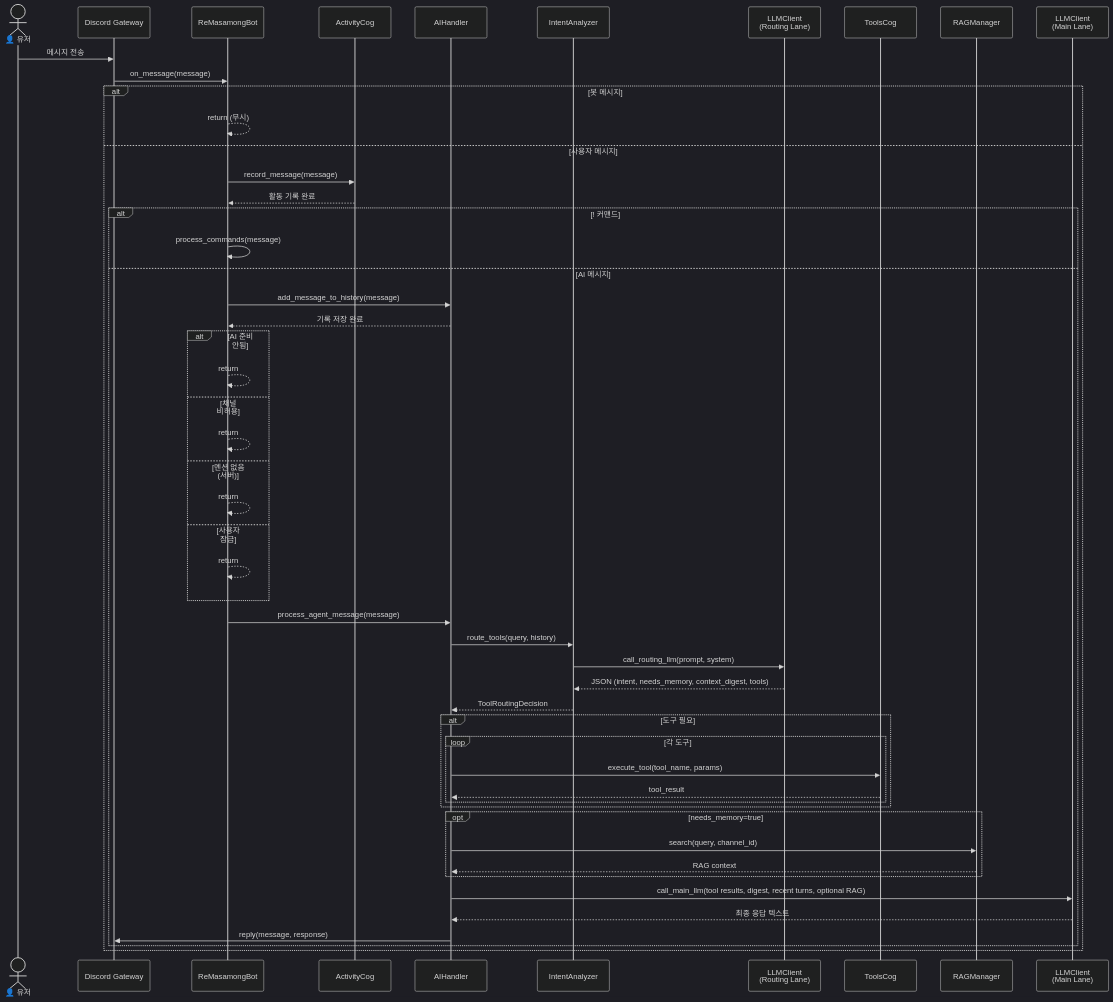
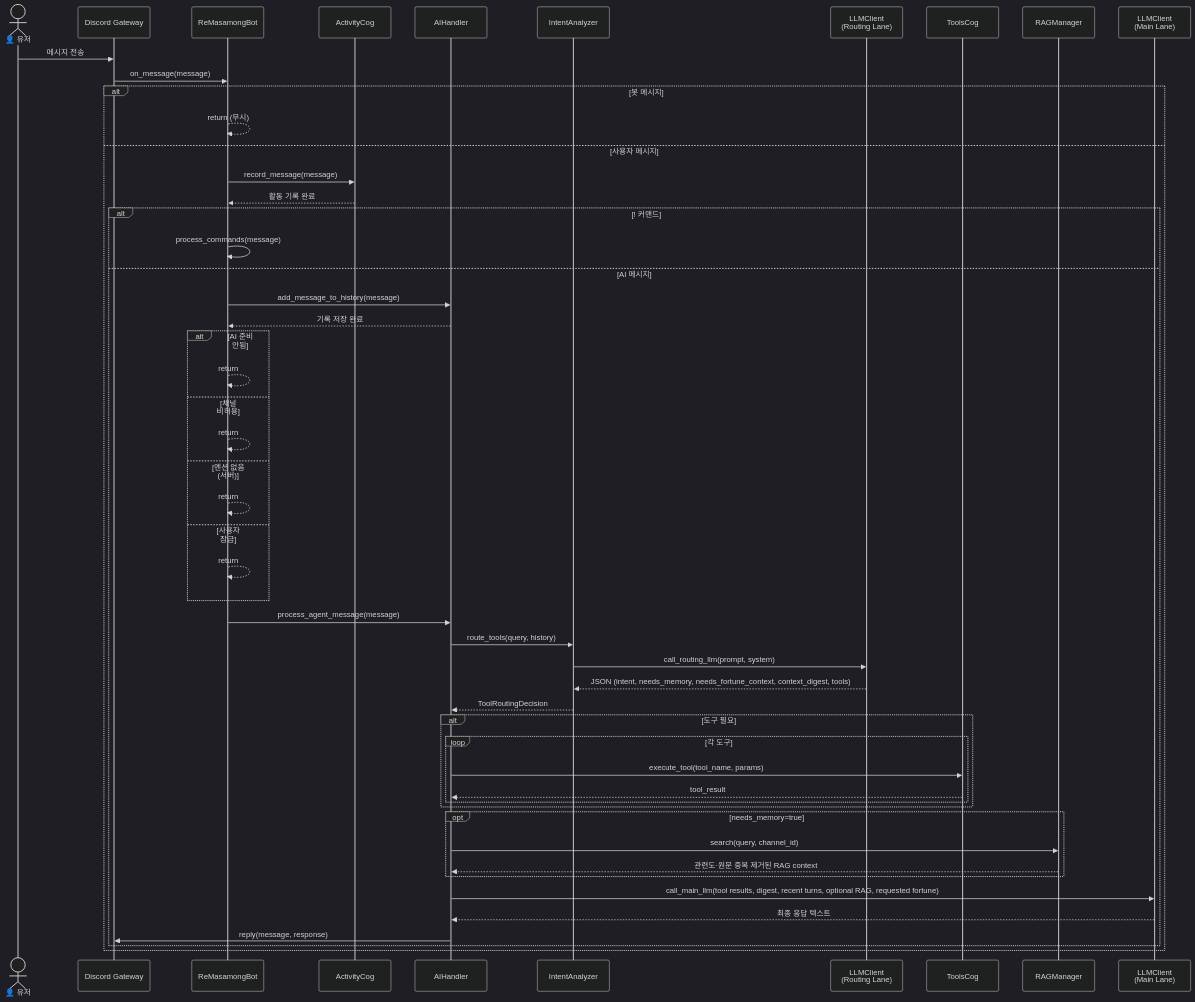
The fifth of 15 diagrams in docs/UML_SPEC.ko.md (kim0040/masamong), drawn with Mermaid (dark theme) before and after one commit. The commit also changed other lines of this file and 13 other files, not shown here.

````diff
--- a/docs/UML_SPEC.ko.md
+++ b/docs/UML_SPEC.ko.md
@@ -415,64 +415,64 @@
 ```mermaid
 sequenceDiagram
     actor User as 👤 유저
     participant Discord as Discord Gateway
     participant Bot as ReMasamongBot
     participant Activity as ActivityCog
     participant AI as AIHandler
     participant Intent as IntentAnalyzer
     participant Routing as LLMClient<br/>(Routing Lane)
     participant Tools as ToolsCog
     participant RAG as RAGManager
     participant Main as LLMClient<br/>(Main Lane)
 
     User->>Discord: 메시지 전송
     Discord->>Bot: on_message(message)
 
     alt 봇 메시지
         Bot-->>Bot: return (무시)
     else 사용자 메시지
         Bot->>Activity: record_message(message)
         Activity-->>Bot: 활동 기록 완료
 
         alt ! 커맨드
             Bot->>Bot: process_commands(message)
         else AI 메시지
             Bot->>AI: add_message_to_history(message)
             AI-->>Bot: 기록 저장 완료
 
             alt AI 준비 안됨
                 Bot-->>Bot: return
             else 채널 비허용
                 Bot-->>Bot: return
             else 멘션 없음 (서버)
                 Bot-->>Bot: return
             else 사용자 잠금
                 Bot-->>Bot: return
             end
 
             Bot->>AI: process_agent_message(message)
 
             AI->>Intent: route_tools(query, history)
             Intent->>Routing: call_routing_llm(prompt, system)
-            Routing-->>Intent: JSON (intent, needs_memory, context_digest, tools)
+            Routing-->>Intent: JSON (intent, needs_memory, needs_fortune_context, context_digest, tools)
             Intent-->>AI: ToolRoutingDecision
 
             alt 도구 필요
                 loop 각 도구
                     AI->>Tools: execute_tool(tool_name, params)
                     Tools-->>AI: tool_result
                 end
             end
 
             opt needs_memory=true
                 AI->>RAG: search(query, channel_id)
-                RAG-->>AI: RAG context
+                RAG-->>AI: 관련도·원문 중복 제거된 RAG context
             end
 
-            AI->>Main: call_main_llm(tool results, digest, recent turns, optional RAG)
+            AI->>Main: call_main_llm(tool results, digest, recent turns, optional RAG, requested fortune)
             Main-->>AI: 최종 응답 텍스트
 
             AI->>Discord: reply(message, response)
         end
     end
 ```
````
